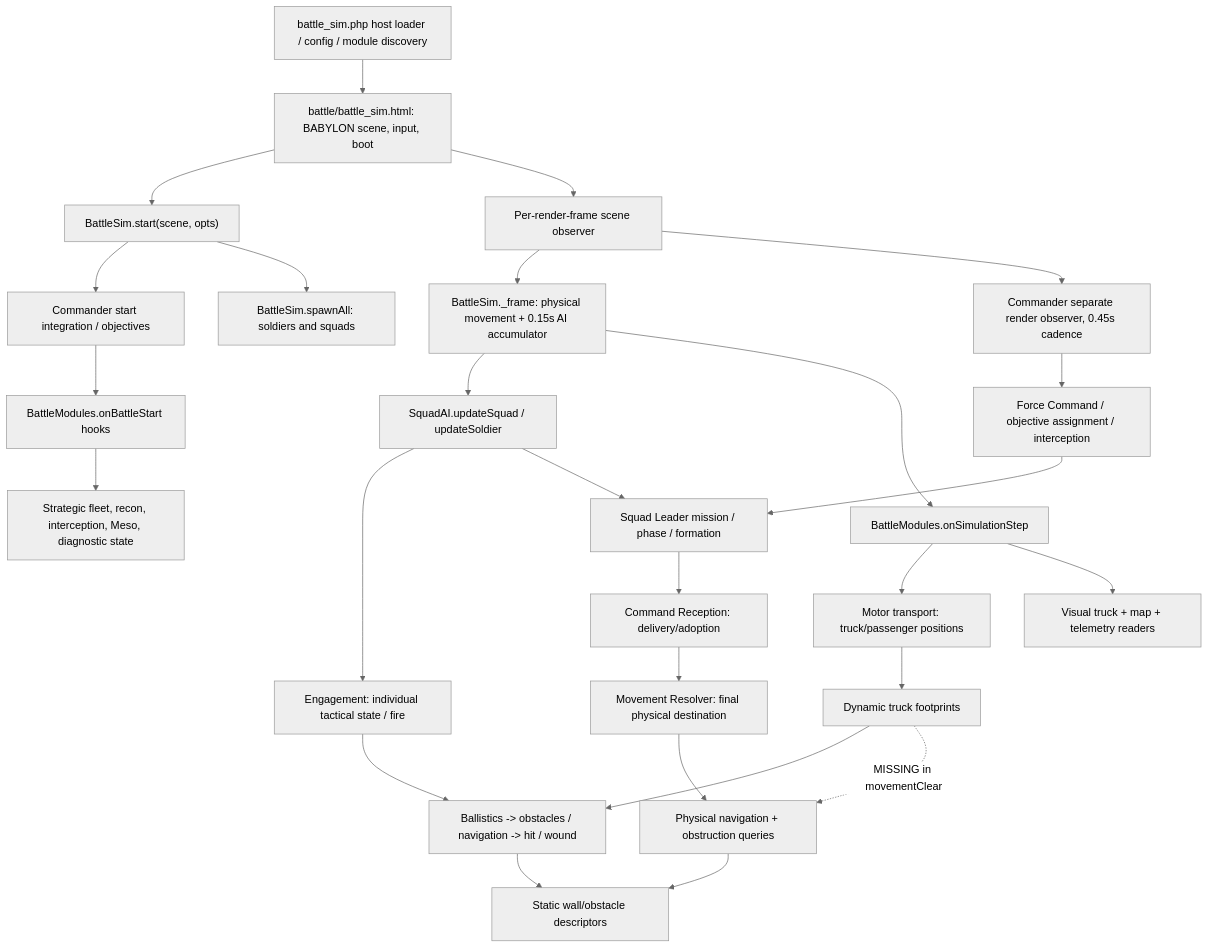
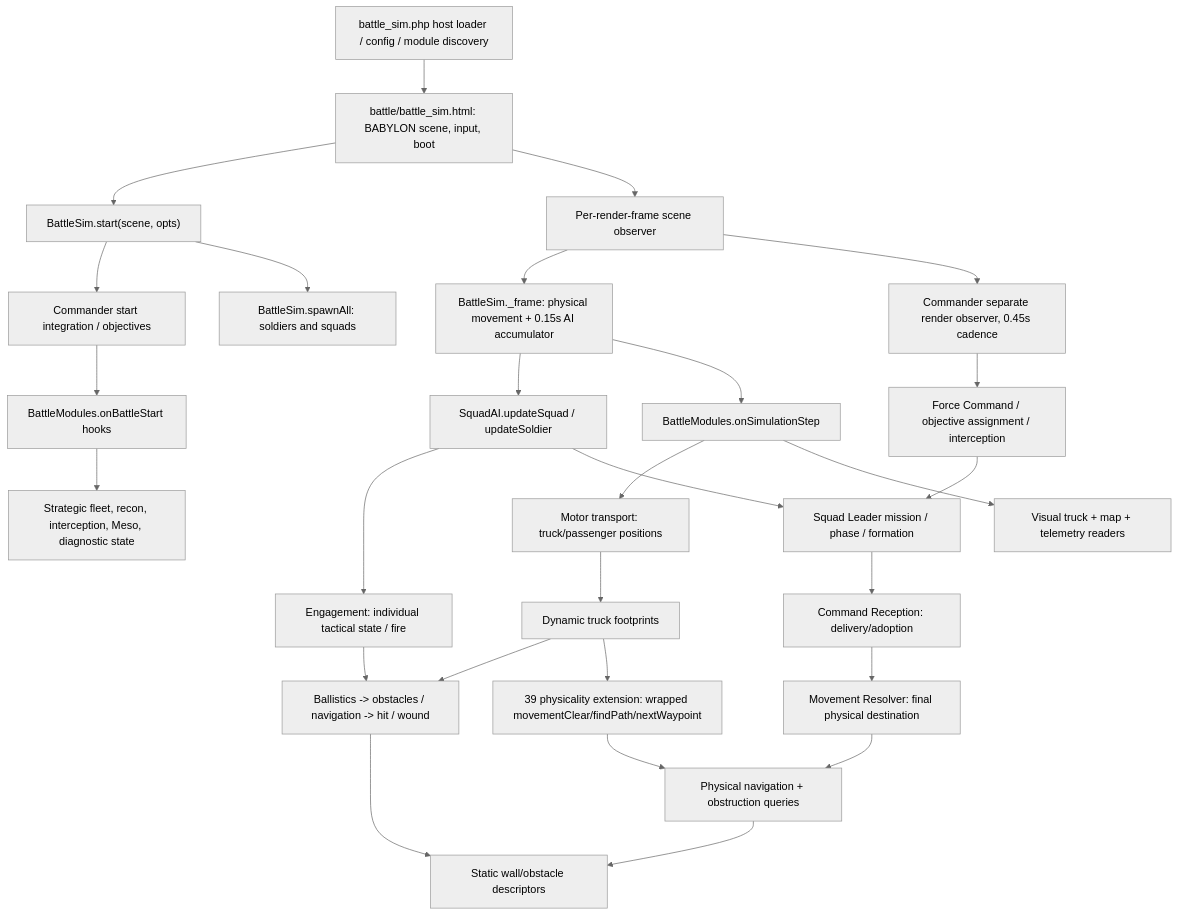
Before and after one commit to APPARANYX/grasstex: the diagram in docs/audits/2026-10-20-grasstex/architecture-and-state.md, drawn with Mermaid (neutral theme). The commit also changed other lines of this file, not shown here.

Commit message:
docs(audit): correct geometry finding after composed physicality review

````diff
--- a/docs/audits/2026-10-20-grasstex/architecture-and-state.md
+++ b/docs/audits/2026-10-20-grasstex/architecture-and-state.md
@@ -7,29 +7,30 @@
 ```mermaid
 flowchart TD
   P["battle_sim.php host loader / config / module discovery"] --> H["battle/battle_sim.html: BABYLON scene, input, boot"]
   H --> S["BattleSim.start(scene, opts)"]
   S --> C["Commander start integration / objectives"]
   S --> Q["BattleSim.spawnAll: soldiers and squads"]
   C --> R["BattleModules.onBattleStart hooks"]
   R --> T["Strategic fleet, recon, interception, Meso, diagnostic state"]
   H --> V["Per-render-frame scene observer"]
   V --> F["BattleSim._frame: physical movement + 0.15s AI accumulator"]
   F --> SQ["SquadAI.updateSquad / updateSoldier"]
   SQ --> E["Engagement: individual tactical state / fire"]
   SQ --> M["Squad Leader mission / phase / formation"]
   M --> CR["Command Reception: delivery/adoption"]
   CR --> MR["Movement Resolver: final physical destination"]
   MR --> NAV["Physical navigation + obstruction queries"]
   F --> HOOK["BattleModules.onSimulationStep"]
   HOOK --> TP["Motor transport: truck/passenger positions"]
   HOOK --> RENDER["Visual truck + map + telemetry readers"]
   V --> COM["Commander separate render observer, 0.45s cadence"]
   COM --> MAC["Force Command / objective assignment / interception"]
   MAC --> M
   E --> BALL["Ballistics -> obstacles / navigation -> hit / wound"]
   NAV --> GEO["Static wall/obstacle descriptors"]
   BALL --> GEO
   TP --> DYN["Dynamic truck footprints"]
   DYN --> BALL
-  DYN -. "MISSING in movementClear" .-> NAV
+  DYN --> PHYS["39 physicality extension: wrapped movementClear/findPath/nextWaypoint"]
+  PHYS --> NAV
 ```
````
